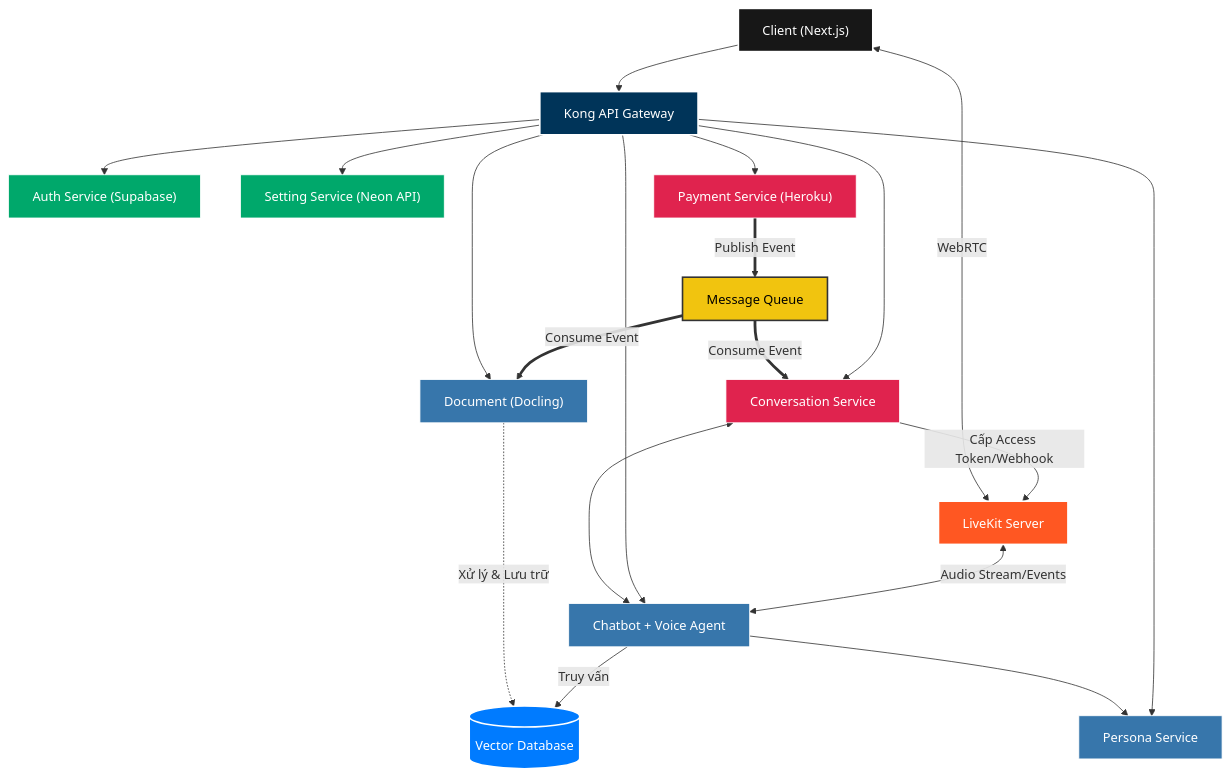
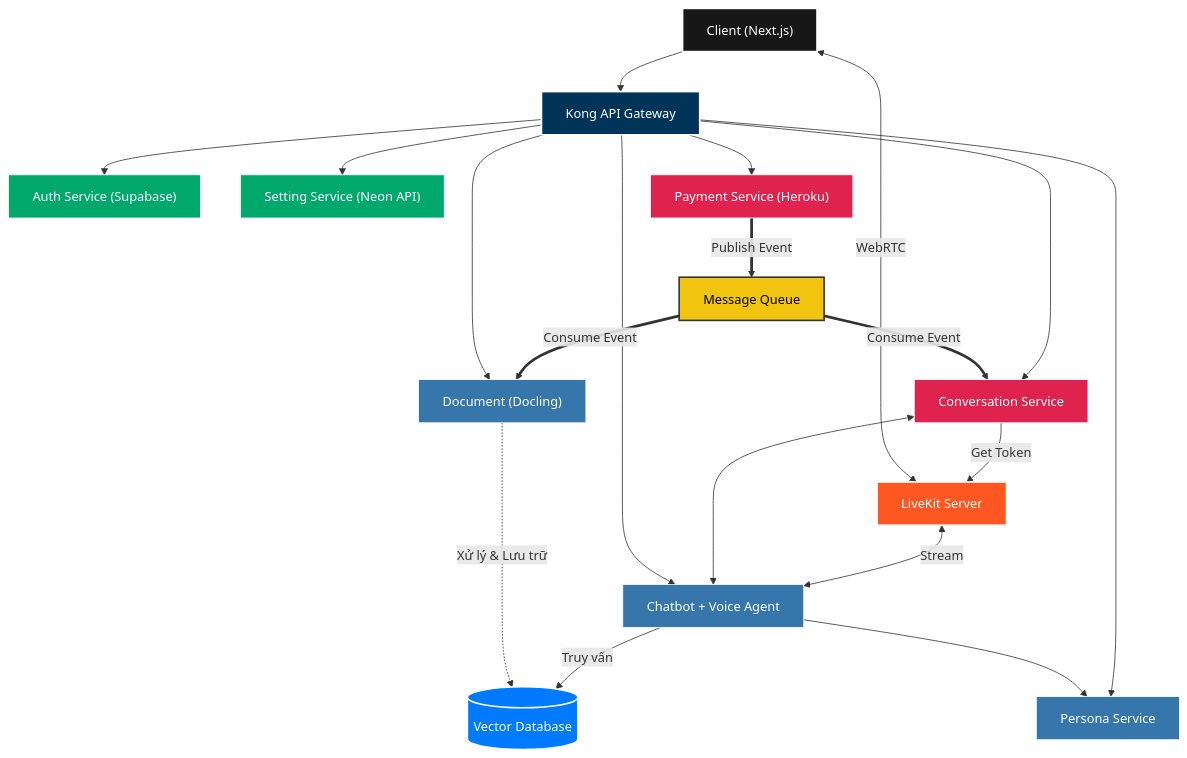
Before and after one commit to 20206205Tech/docs-markdown: the diagram in docs/1. Tổng quan đề tài/1.2. Cơ sở lý thuyết/MSA.mmd, drawn with Mermaid. The commit also changed 1 other file, not shown here.

```diff
--- a/docs/1. Tổng quan đề tài/1.2. Cơ sở lý thuyết/MSA.mmd
+++ b/docs/1. Tổng quan đề tài/1.2. Cơ sở lý thuyết/MSA.mmd
@@ -1,69 +1,69 @@
 graph TB
 
     classDef client fill:#171717,stroke:#fff,stroke-width:2px,color:#fff;
     classDef gateway fill:#003459,stroke:#fff,stroke-width:2px,color:#fff;
     classDef external_svc fill:#00a86b,stroke:#fff,stroke-width:1px,color:#fff;
     classDef internal_nest fill:#e0234e,stroke:#fff,stroke-width:1px,color:#fff;
     classDef internal_python fill:#3776ab,stroke:#fff,stroke-width:1px,color:#fff;
     classDef vector_db fill:#007BFF,stroke:#fff,stroke-width:2px,color:#fff;
     classDef mq fill:#f1c40f,stroke:#333,stroke-width:2px,color:#000;
     classDef rtc fill:#ff5722,stroke:#fff,stroke-width:2px,color:#fff;
 
 
     Client["Client (Next.js)"]:::client
     Kong["Kong API Gateway"]:::gateway
 
 
     Auth["Auth Service (Supabase)"]:::external_svc
     Setting["Setting Service (Neon API)"]:::external_svc
     Payment["Payment Service (Heroku)"]:::internal_nest
 
 
     MQ["Message Queue"]:::mq
 
 
     LiveKit["LiveKit Server"]:::rtc
 
 
     Conv["Conversation Service"]:::internal_nest
     Persona["Persona Service"]:::internal_python
 
 
     Chatbot["Chatbot + Voice Agent"]:::internal_python
     Doc["Document (Docling)"]:::internal_python
 
 
     VectorDB[("Vector Database")]:::vector_db
 
 
-    LiveKit <-->|Audio Stream/Events| Chatbot
-    Conv -->|Cấp Access Token/Webhook| LiveKit
+    LiveKit <-->|Stream| Chatbot
+    Conv -->|Get Token| LiveKit
 
 
     Client --> Kong
     Client <-->|WebRTC| LiveKit
 
 
     Kong --> Auth
     Kong --> Setting
     Kong --> Payment
     Kong --> Conv
     Kong --> Persona
-    Kong --> Chatbot
 
 
     Conv <--> Chatbot
     Chatbot --> Persona
 
+    Kong --> Chatbot
 
 
 
     Chatbot -->|Truy vấn| VectorDB
     Doc -.->|Xử lý & Lưu trữ| VectorDB
 
 
     Payment == Publish Event ==> MQ
     MQ == Consume Event ==> Conv
     MQ == Consume Event ==> Doc
 
     Kong --> Doc
```
